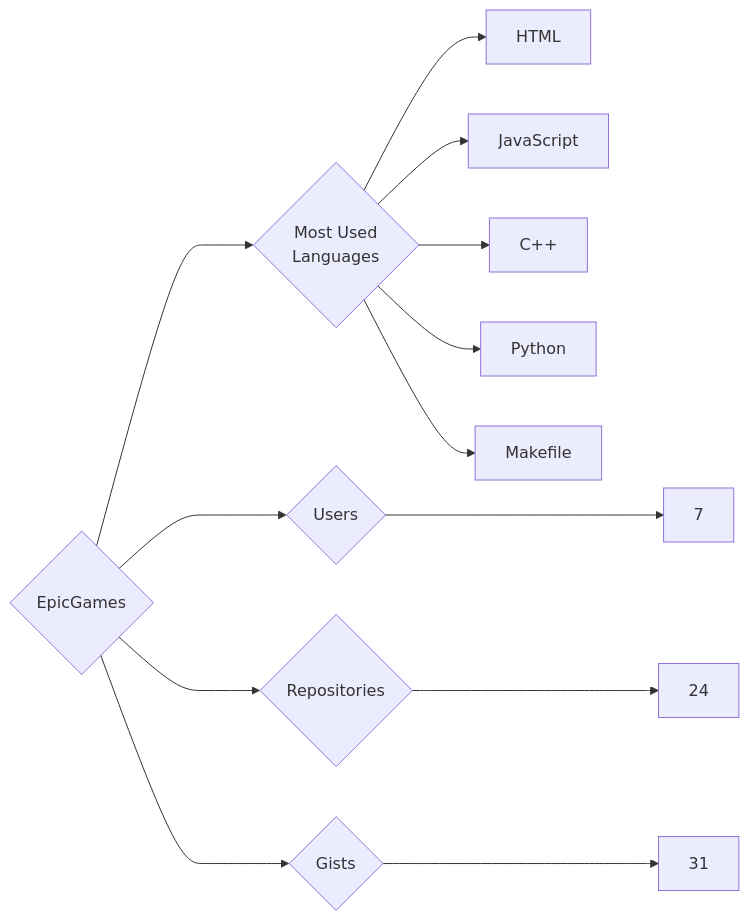
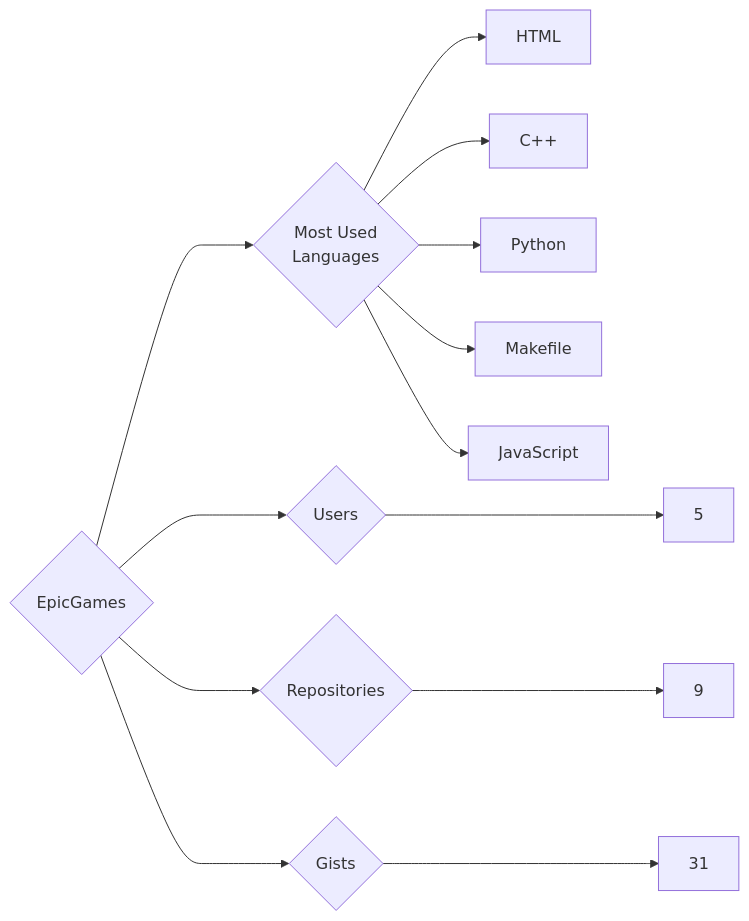
The diagram in targets/EpicGames/README.md (trickest/insiders), drawn with Mermaid before and after one commit. The commit also changed 1141 other files, not shown here.

````diff
--- a/targets/EpicGames/README.md
+++ b/targets/EpicGames/README.md
@@ -3,13 +3,13 @@
 ```mermaid
 graph LR
 COMPANY_NAME{EpicGames}
-COMPANY_NAME ---> U{Users} ---> UN[7]
-COMPANY_NAME ---> R{Repositories} ---> RN[24]
+COMPANY_NAME ---> U{Users} ---> UN[5]
+COMPANY_NAME ---> R{Repositories} ---> RN[9]
 COMPANY_NAME ---> G{Gists} ---> GN[31]
 COMPANY_NAME ---> ML{Most Used<br>Languages}
 ML --> HTML[HTML]
-ML --> JavaScript[JavaScript]
 ML --> C++[C++]
 ML --> Python[Python]
 ML --> Makefile[Makefile]
+ML --> JavaScript[JavaScript]
 ```
````
